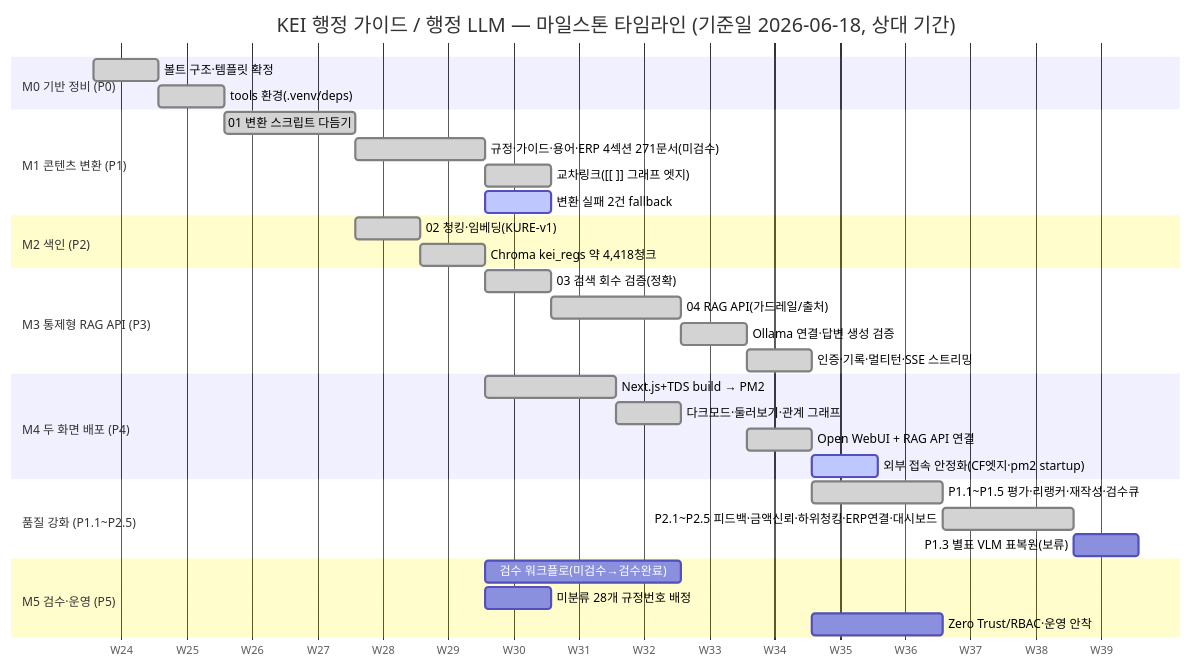
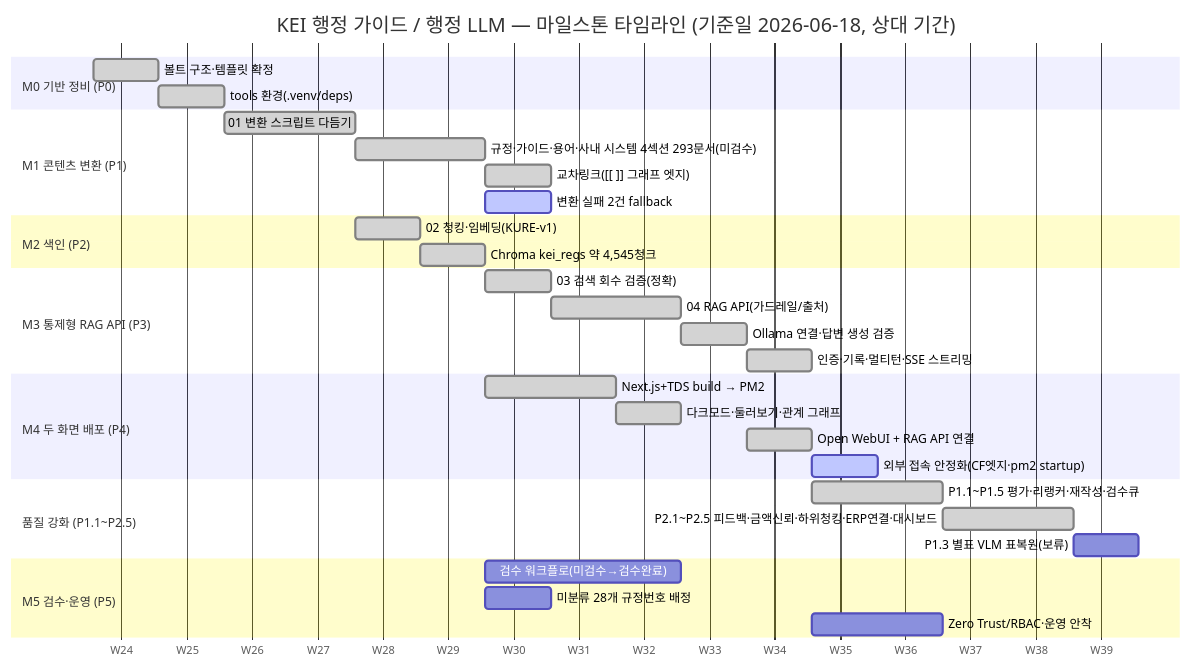
One commit to mooner92/KEIAdminSuperv changed the first of 2 diagrams in docs/08-roadmap.md. Above: the diagram before and after it, drawn with Mermaid. The commit also changed other lines of this file and 17 other files, not shown here.

````diff
--- a/docs/08-roadmap.md
+++ b/docs/08-roadmap.md
@@ -46,43 +46,43 @@
 ```mermaid
 gantt
     title KEI 행정 가이드 / 행정 LLM — 마일스톤 타임라인 (기준일 2026-06-18, 상대 기간)
     dateFormat YYYY-MM-DD
     axisFormat W%W
     todayMarker off
 
     section M0 기반 정비 (P0)
     볼트 구조·템플릿 확정      :done, m0a, 2026-06-18, 1w
     tools 환경(.venv/deps)     :done, m0b, after m0a, 1w
 
     section M1 콘텐츠 변환 (P1)
     01 변환 스크립트 다듬기     :done, m1a, after m0b, 2w
-    규정·가이드·용어·ERP 4섹션 271문서(미검수) :done, m1b, after m1a, 2w
+    규정·가이드·용어·사내 시스템 4섹션 293문서(미검수) :done, m1b, after m1a, 2w
     교차링크([[ ]] 그래프 엣지) :done, m1d, after m1b, 1w
     변환 실패 2건 fallback      :active, m1c, after m1b, 1w
 
     section M2 색인 (P2)
     02 청킹·임베딩(KURE-v1)     :done, m2a, after m1a, 1w
-    Chroma kei_regs 약 4,418청크 :done, m2b, after m2a, 1w
+    Chroma kei_regs 약 4,545청크 :done, m2b, after m2a, 1w
 
     section M3 통제형 RAG API (P3)
     03 검색 회수 검증(정확)     :done, m3a, after m2b, 1w
     04 RAG API(가드레일/출처)   :done, m3b, after m3a, 2w
     Ollama 연결·답변 생성 검증  :done, m3c, after m3b, 1w
     인증·기록·멀티턴·SSE 스트리밍 :done, m3d, after m3c, 1w
 
     section M4 두 화면 배포 (P4)
     Next.js+TDS build → PM2     :done, m4a, after m1b, 2w
     다크모드·둘러보기·관계 그래프 :done, m4d, after m4a, 1w
     Open WebUI + RAG API 연결   :done, m4b, after m3c, 1w
     외부 접속 안정화(CF엣지·pm2 startup) :active, m4c, after m4b, 1w
 
     section 품질 강화 (P1.1~P2.5)
     P1.1~P1.5 평가·리랭커·재작성·검수큐 :done, q1, after m3d, 2w
     P2.1~P2.5 피드백·금액신뢰·하위청킹·ERP연결·대시보드 :done, q2, after q1, 2w
     P1.3 별표 VLM 표복원(보류)  :q3, after q2, 1w
 
     section M5 검수·운영 (P5)
     검수 워크플로(미검수→검수완료):m5a, after m1b, 3w
     미분류 28개 규정번호 배정    :m5c, after m1b, 1w
     Zero Trust/RBAC·운영 안착   :m5b, after m4b, 2w
 ```
````
